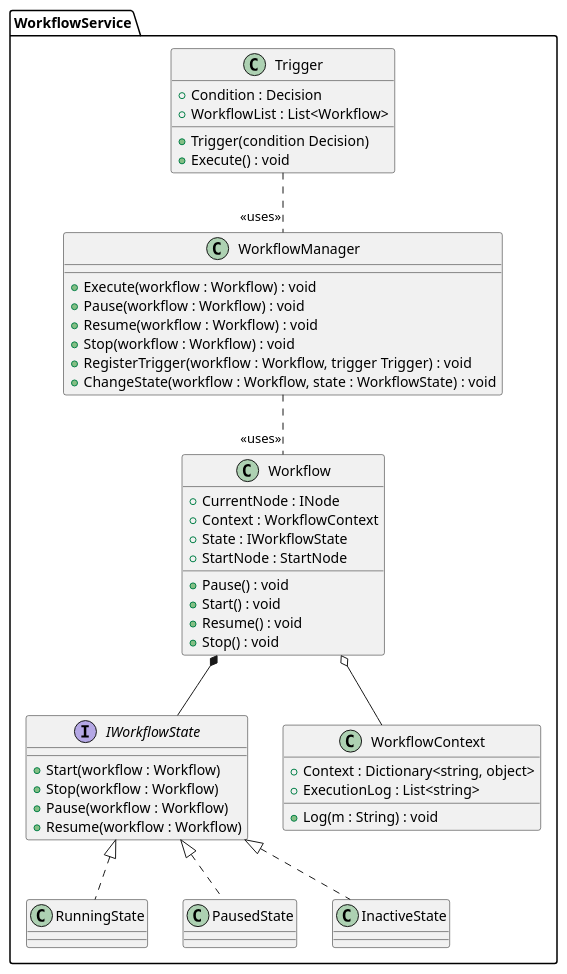
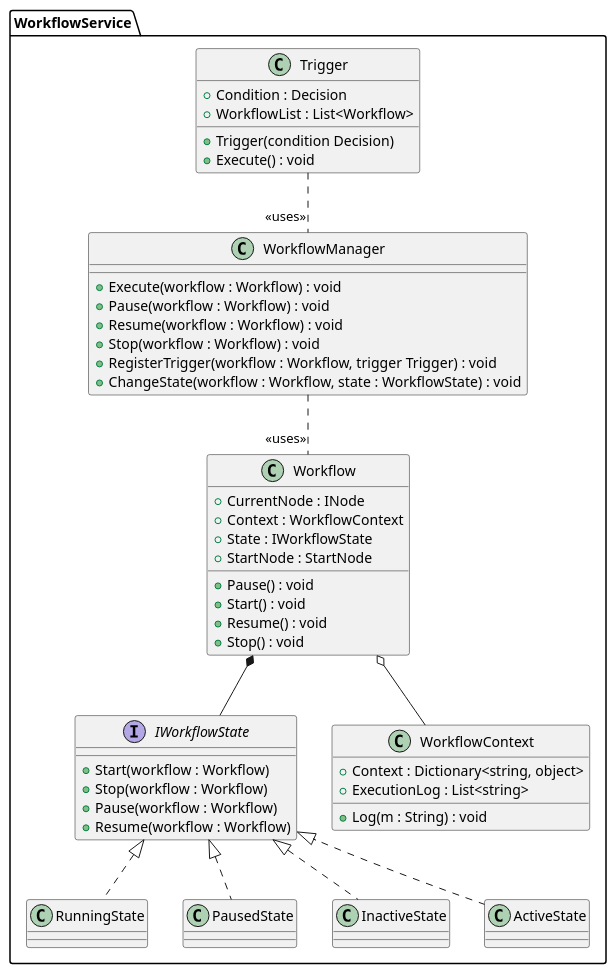
One commit to Addurezz/Streamline changed the diagram in UML/WorkflowService.puml. Above: the diagram before and after it, drawn with PlantUML. The commit also changed 1 other file, not shown here.

```diff
--- a/UML/WorkflowService.puml
+++ b/UML/WorkflowService.puml
@@ -1,57 +1,59 @@
 @startuml
 package WorkflowService {
     class WorkflowManager {
         +Execute(workflow : Workflow) : void
         +Pause(workflow : Workflow) : void
         +Resume(workflow : Workflow) : void
         +Stop(workflow : Workflow) : void
         +RegisterTrigger(workflow : Workflow, trigger Trigger) : void
         +ChangeState(workflow : Workflow, state : WorkflowState) : void
     }
     
     class Workflow {
         +CurrentNode : INode
         +Context : WorkflowContext
         +State : IWorkflowState
         +StartNode : StartNode
         +Pause() : void
         +Start() : void
         +Resume() : void
         +Stop() : void
     }
     interface IWorkflowState {
         +Start(workflow : Workflow)
         +Stop(workflow : Workflow)
         +Pause(workflow : Workflow)
         +Resume(workflow : Workflow)
     }
     
     class RunningState
     class PausedState
     class InactiveState
+    class ActiveState
     
     class WorkflowContext {
         +Context : Dictionary<string, object>
         +ExecutionLog : List<string>
         +Log(m : String) : void
     }
     
     class Trigger {
         +Condition : Decision
         +Trigger(condition Decision)
         +WorkflowList : List<Workflow>
         +Execute() : void
     }
 }
 
 
 
 IWorkflowState <|.. RunningState
 IWorkflowState <|.. PausedState
 IWorkflowState <|.. InactiveState
+IWorkflowState <|.. ActiveState
  
 Workflow o-- WorkflowContext
 Workflow *-- IWorkflowState
 WorkflowManager .. "<<uses>>" Workflow
 Trigger .. "<<uses>>" WorkflowManager
 @enduml
```
